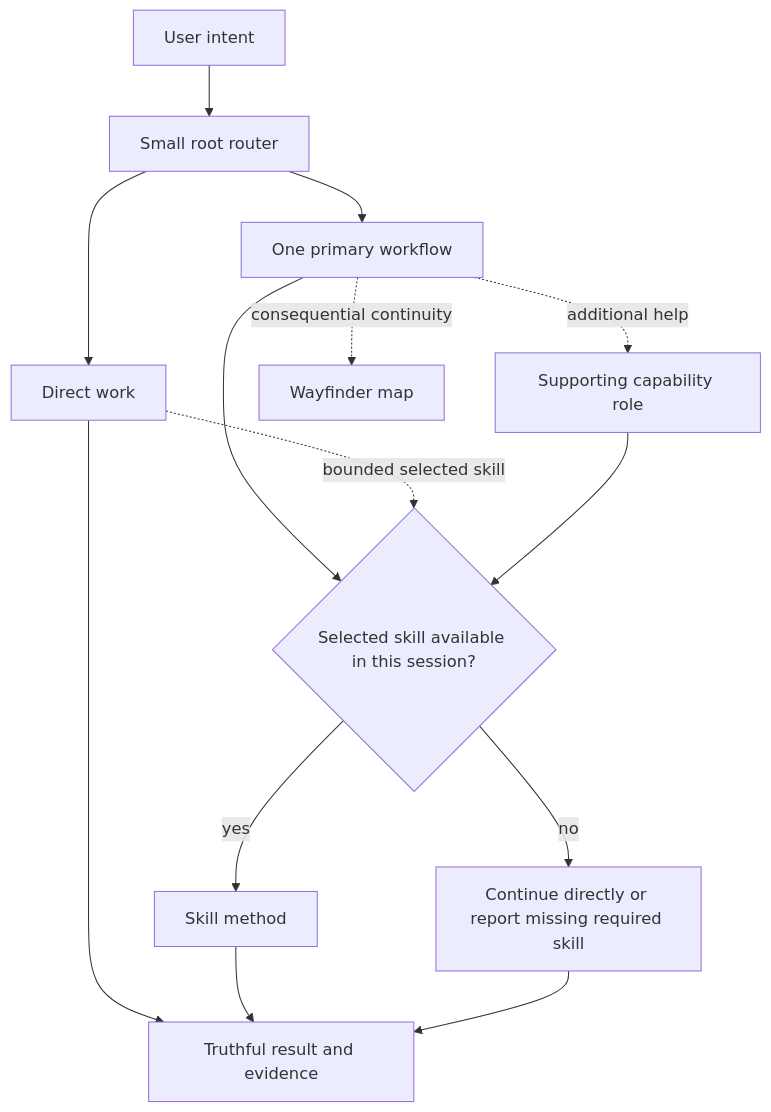
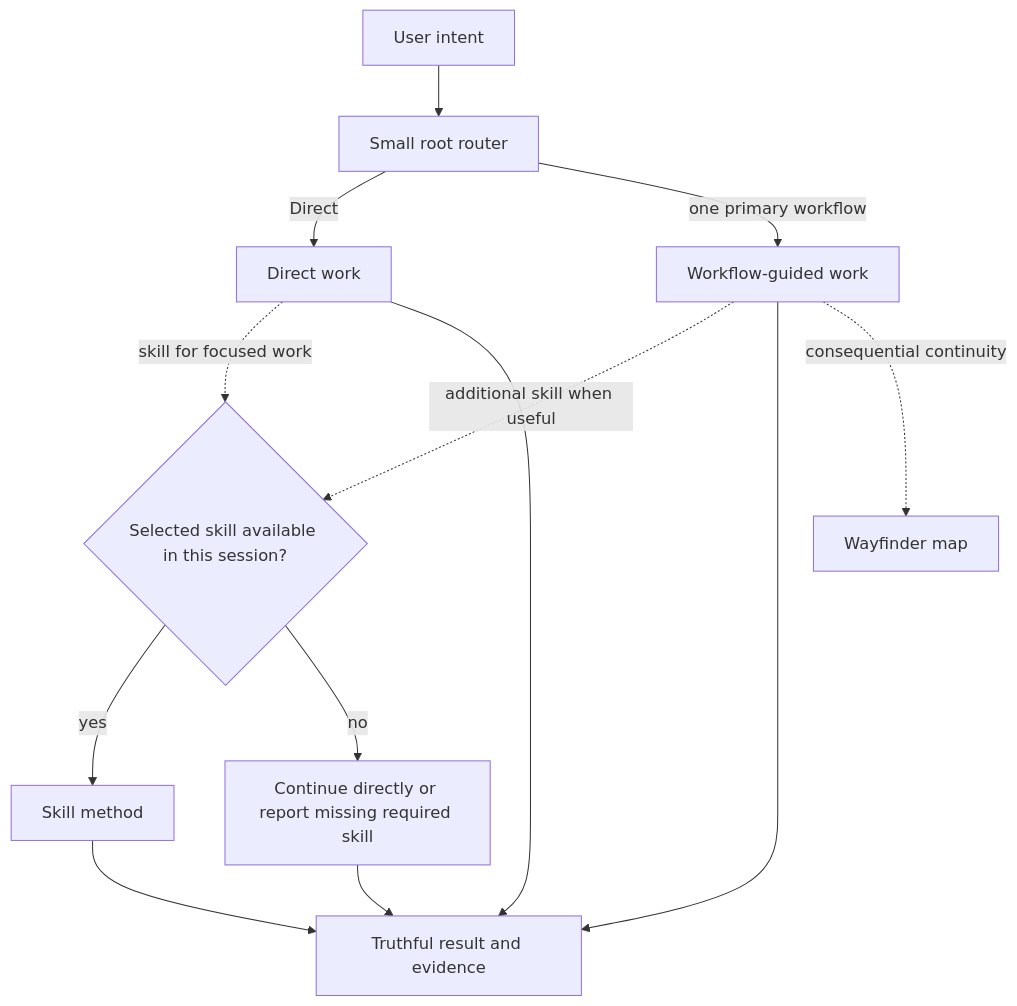
Before and after one commit to jimmfan/agentic-workflow: the diagram in docs/architecture.md, drawn with Mermaid. The commit also changed other lines of this file and 7 other files, not shown here.

````diff
--- a/docs/architecture.md
+++ b/docs/architecture.md
@@ -18,16 +18,15 @@
 ```mermaid
 flowchart TD
     request["User intent"] --> router["Small root router"]
-    router --> direct["Direct work"]
-    router --> workflow["One primary workflow"]
-    workflow --> skill
-    workflow -. additional help .-> capability["Supporting capability role"]
-    direct -. bounded selected skill .-> skill
-    capability --> skill{"Selected skill available in this session?"}
+    router -->|Direct| direct["Direct work"]
+    router -->|one primary workflow| workflow["Workflow-guided work"]
+    direct -. skill for focused work .-> skill{"Selected skill available in this session?"}
+    workflow -. additional skill when useful .-> skill
     skill -->|yes| native["Skill method"]
     skill -->|no| fallback["Continue directly or report missing required skill"]
     direct --> evidence["Truthful result and evidence"]
+    workflow --> evidence
     native --> evidence
     fallback --> evidence
     workflow -. consequential continuity .-> wayfinder["Wayfinder map"]
 ```
````
